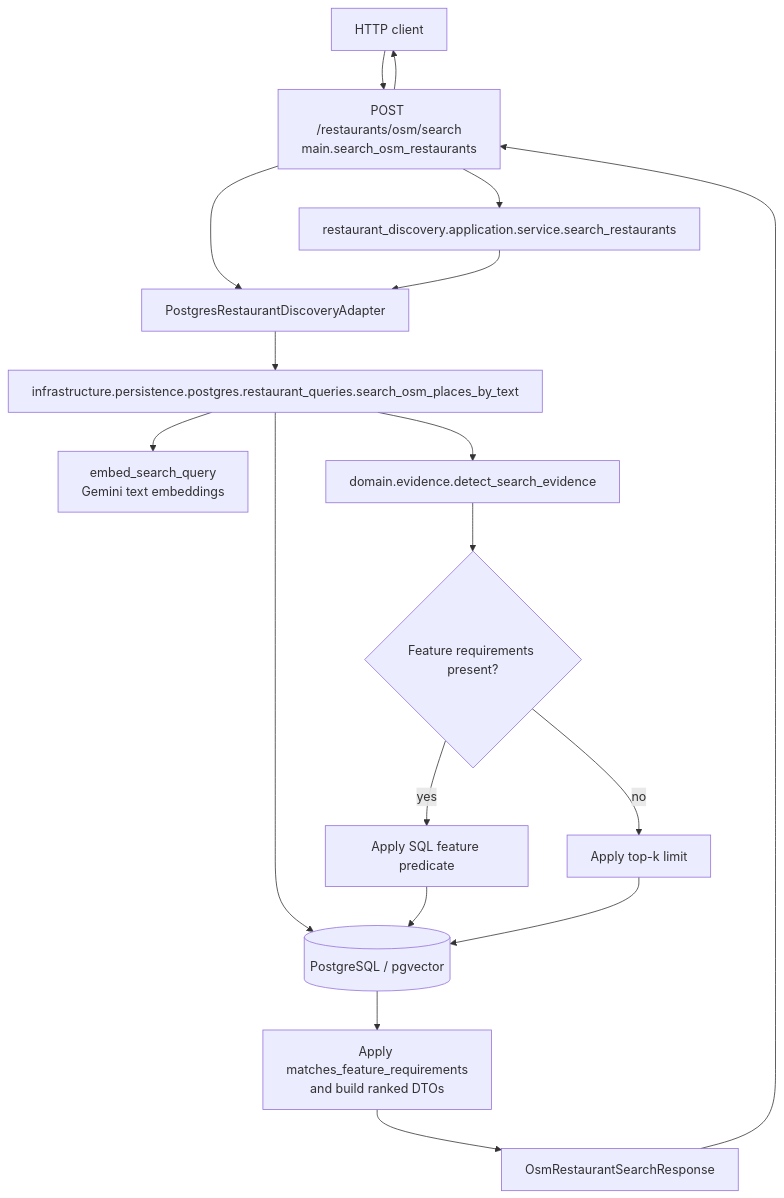
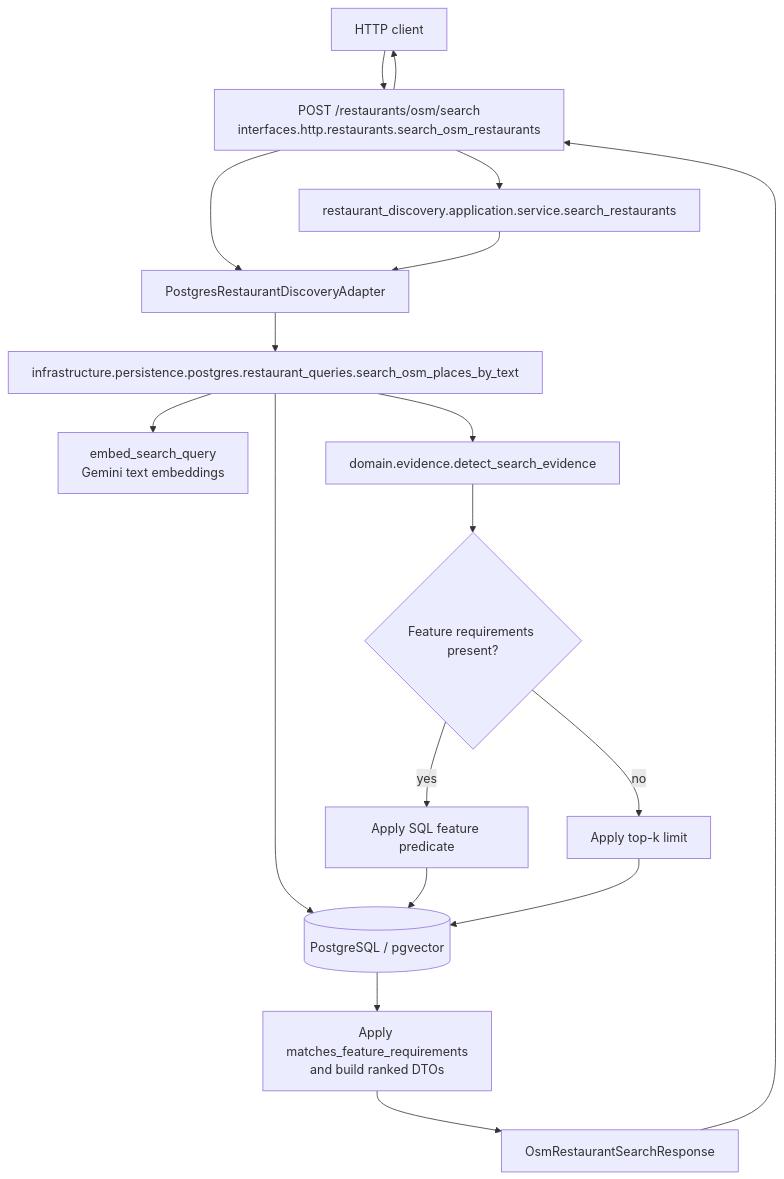
The second of 7 diagrams in backend/ARCHITECTURE.md (devCarlosMonsalve/restaurant-ai-rag), drawn with Mermaid before and after one commit. The commit also changed other lines of this file and 9 other files, not shown here.

````diff
--- a/backend/ARCHITECTURE.md
+++ b/backend/ARCHITECTURE.md
@@ -112,20 +112,20 @@
 ```mermaid
 flowchart TD
-  caller[HTTP client] --> route[POST /restaurants/osm/search<br/>main.search_osm_restaurants]
+  caller[HTTP client] --> route[POST /restaurants/osm/search<br/>interfaces.http.restaurants.search_osm_restaurants]
   route --> service[restaurant_discovery.application.service.search_restaurants]
   route --> adapter[PostgresRestaurantDiscoveryAdapter]
   service --> adapter
   adapter --> query[infrastructure.persistence.postgres.restaurant_queries.search_osm_places_by_text]
   query --> embedding[embed_search_query<br/>Gemini text embeddings]
   query --> evidence[domain.evidence.detect_search_evidence]
   query --> db[(PostgreSQL / pgvector)]
   evidence --> requirements{Feature requirements present?}
   requirements -->|yes| sqlFilter[Apply SQL feature predicate]
   requirements -->|no| topK[Apply top-k limit]
   sqlFilter --> db
   topK --> db
   db --> verify[Apply matches_feature_requirements<br/>and build ranked DTOs]
   verify --> response[OsmRestaurantSearchResponse]
   response --> route
   route --> caller
 ```
````
